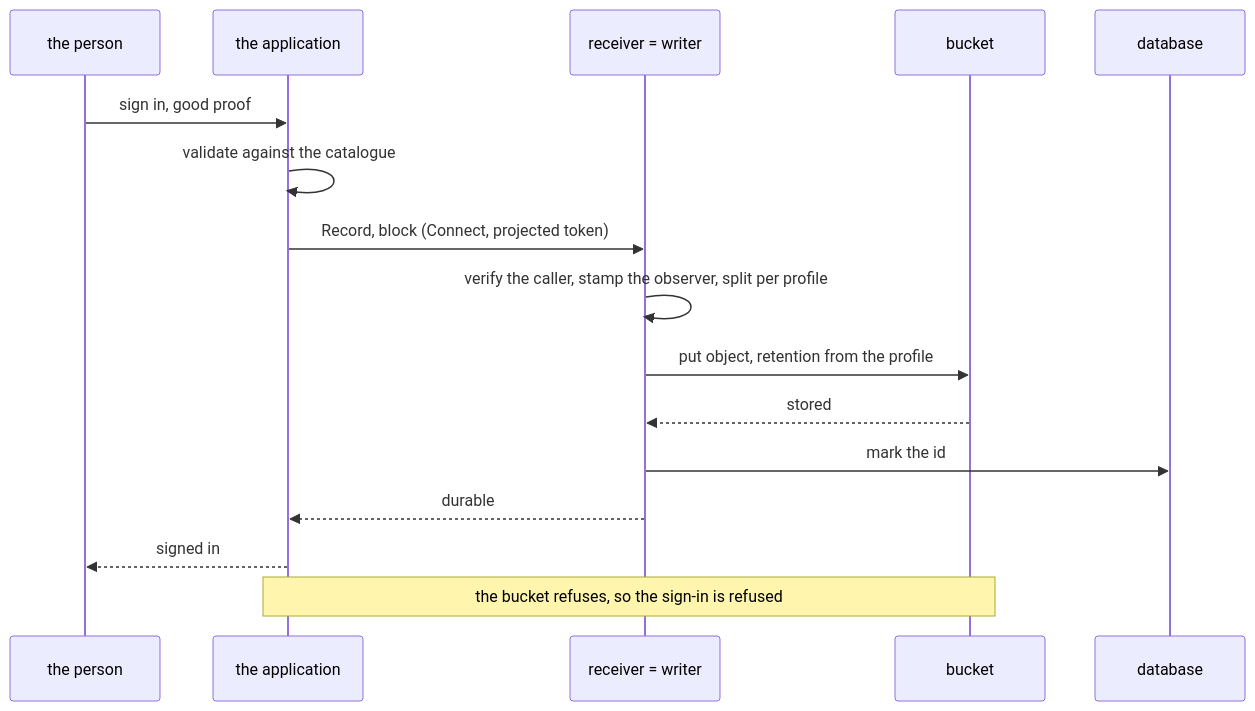
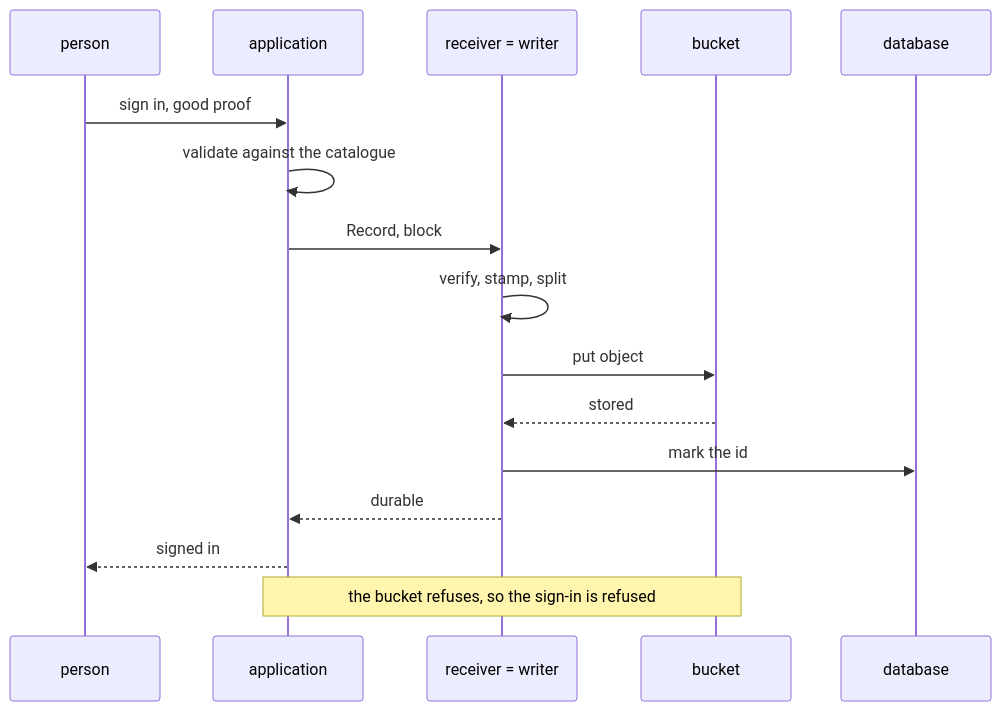
Before and after one commit to truvity/sluis: the third of 3 diagrams in docs/audit/explanation/direct-mode.md, drawn with Mermaid. The commit also changed other lines of this file and 39 other files, not shown here.

First line of the commit message:
docs: links, one checker, diagrams at natural size, and the loose ends of the other passes

````diff
--- a/docs/audit/explanation/direct-mode.md
+++ b/docs/audit/explanation/direct-mode.md
@@ -50,19 +55,18 @@
 ```mermaid
 sequenceDiagram
-  participant P as the person
-  participant A as the application
+  participant P as person
+  participant A as application
   participant R as receiver = writer
   participant S3 as bucket
   participant PG as database
-
   P->>A: sign in, good proof
   A->>A: validate against the catalogue
-  A->>R: Record, block (Connect, projected token)
-  R->>R: verify the caller, stamp the observer, split per profile
-  R->>S3: put object, retention from the profile
+  A->>R: Record, block
+  R->>R: verify, stamp, split
+  R->>S3: put object
   S3-->>R: stored
   R->>PG: mark the id
   R-->>A: durable
   A-->>P: signed in
   Note over A,S3: the bucket refuses, so the sign-in is refused
 ```
````
